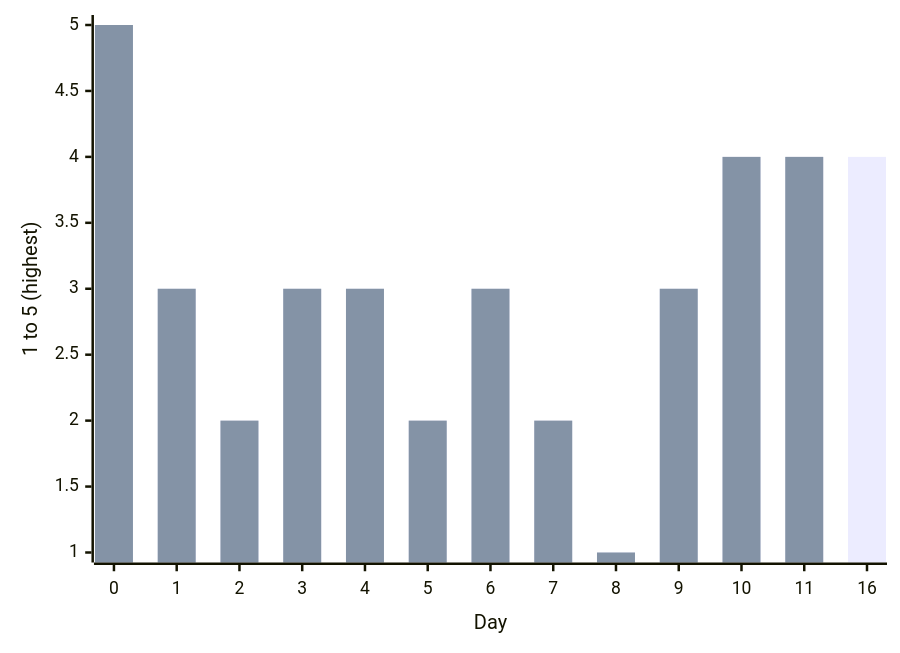
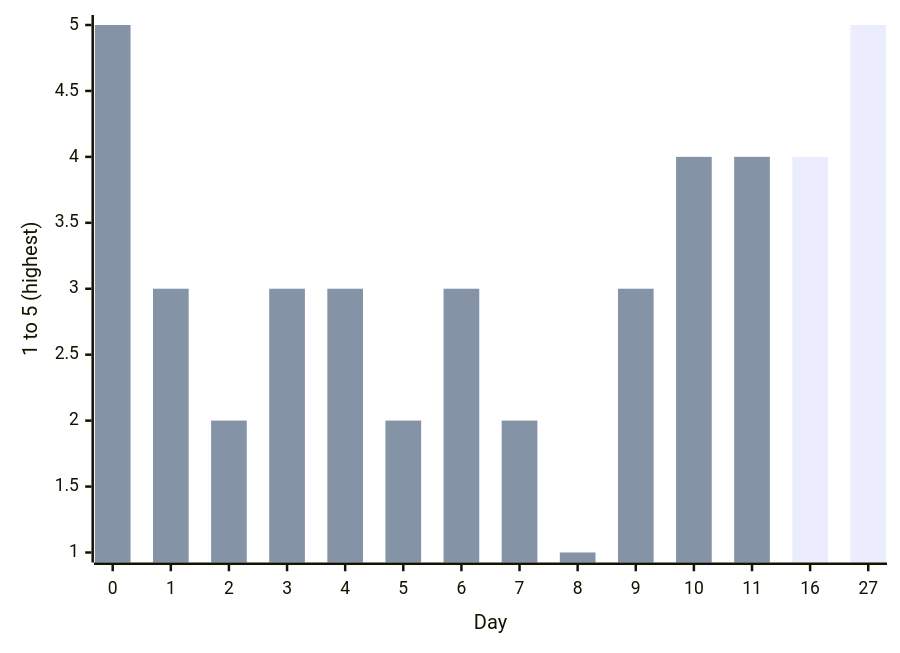
The first of 16 diagrams in docs/articles/posts/personal-development/experience-strict-fasting-8days/experience-strict-fasting-8days.md (phil-m-kopp/phil-m-kopp.github.io), drawn with Mermaid before and after one commit. The commit also changed other lines of this file and 7 other files, not shown here.

````diff
--- a/docs/articles/posts/personal-development/experience-strict-fasting-8days/experience-strict-fasting-8days.md
+++ b/docs/articles/posts/personal-development/experience-strict-fasting-8days/experience-strict-fasting-8days.md
@@ -127,8 +134,8 @@
 ``` mermaid
 xychart-beta
-        x-axis "Day" [0, 1, 2, 3, 4, 5, 6, 7, 8, 9, 10, 11, 16]
+        x-axis "Day" [0, 1, 2, 3, 4, 5, 6, 7, 8, 9, 10, 11, 16, 27]
         y-axis "1 to 5 (highest)" 1 --> 5
 
-        bar "Energy" [5, 3, 2, 3, 3, 2, 3, 2, 1, 3, 4, 4, 4]
+        bar "Energy" [5, 3, 2, 3, 3, 2, 3, 2, 1, 3, 4, 4, 4, 5]
         bar "Energy" [5, 3, 2, 3, 3, 2, 3, 2, 1, 3, 4, 4]
 ```
````
